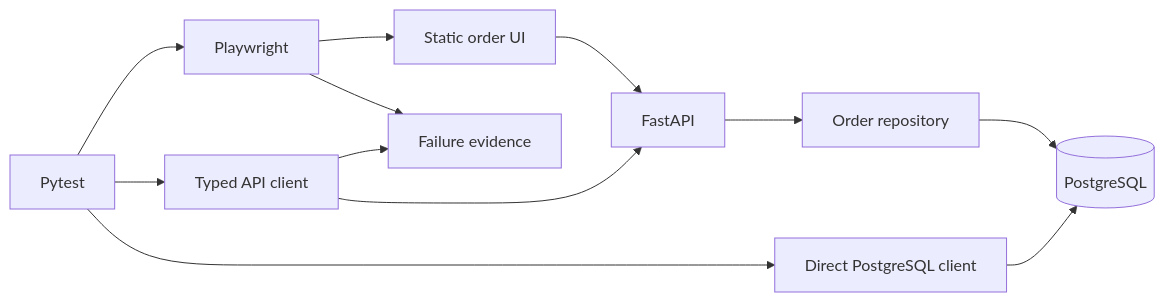
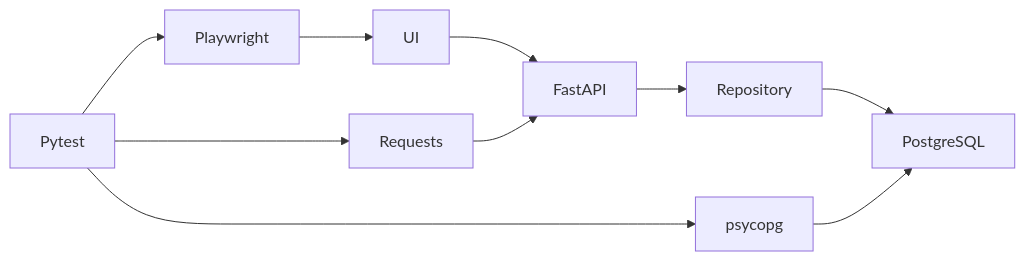
Before and after one commit to wodud-khan/sdet-playwright-framework: the diagram in docs/ARCHITECTURE.md, drawn with Mermaid. The commit also changed other lines of this file and 28 other files, not shown here.

````diff
--- a/docs/ARCHITECTURE.md
+++ b/docs/ARCHITECTURE.md
@@ -15,24 +5,6 @@
 ```mermaid
 flowchart LR
-    T[Pytest]
-    P[Playwright]
-    C[Typed API client]
-    Q[Direct PostgreSQL client]
-    U[Static order UI]
-    A[FastAPI]
-    R[Order repository]
-    D[(PostgreSQL)]
-    E[Failure evidence]
-
-    T --> P
-    T --> C
-    T --> Q
-    P --> U
-    U --> A
-    C --> A
-    A --> R
-    R --> D
-    Q --> D
-    P --> E
-    C --> E
+    Pytest --> Playwright --> UI --> FastAPI --> Repository --> PostgreSQL
+    Pytest --> Requests --> FastAPI
+    Pytest --> psycopg --> PostgreSQL
 ```
````
